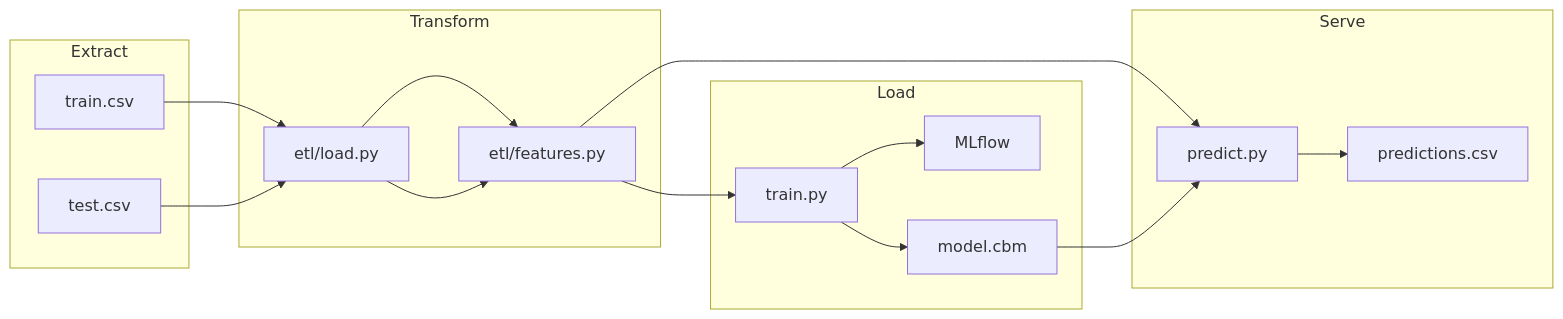
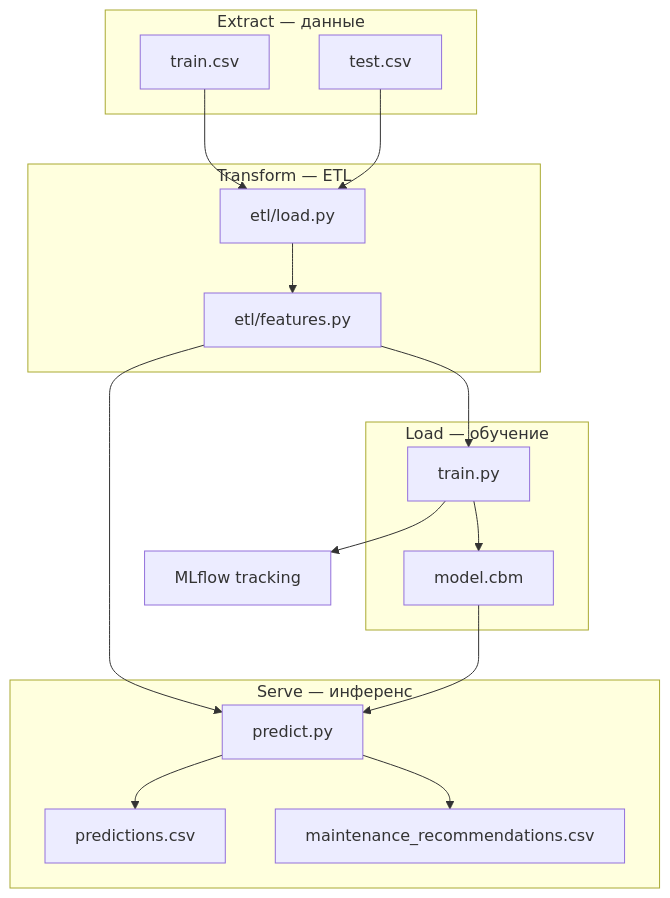
One commit to svscrip/auto_ML-prediction_machines_failures changed the diagram in README.md. Above: the diagram before and after it, drawn with Mermaid. The commit also changed other lines of this file and 1 other file, not shown here.

Commit message:
Redesign pipeline mermaid diagrams for clearer GitHub rendering.
Use top-down flow with separate train and inference branches.

````diff
--- a/README.md
+++ b/README.md
@@ -27,24 +27,36 @@
 ```mermaid
-flowchart LR
-  subgraph extract [Extract]
-    TRAIN[train.csv]
-    TEST[test.csv]
-  end
-  subgraph transform [Transform]
-    LOAD[etl/load.py]
-    FEAT[etl/features.py]
-  end
-  subgraph load [Load]
-    TRAIN_MOD[train.py]
-    MLF[MLflow]
-    CBM[model.cbm]
-  end
-  subgraph serve [Serve]
-    PRED[predict.py]
-    CSV_OUT[predictions.csv]
-  end
-  TRAIN --> LOAD --> FEAT --> TRAIN_MOD --> CBM
-  TEST --> LOAD --> FEAT --> PRED --> CSV_OUT
-  TRAIN_MOD --> MLF
-  CBM --> PRED
+flowchart TB
+    subgraph extract [Extract — данные]
+        TRAIN[train.csv]
+        TEST[test.csv]
+    end
+
+    subgraph transform [Transform — ETL]
+        LOAD[etl/load.py]
+        FEAT[etl/features.py]
+        LOAD --> FEAT
+    end
+
+    subgraph training [Load — обучение]
+        TRAIN_PY[train.py]
+        MODEL[model.cbm]
+        TRAIN_PY --> MODEL
+    end
+
+    MLFLOW[MLflow tracking]
+
+    subgraph inference [Serve — инференс]
+        PREDICT[predict.py]
+        PRED[predictions.csv]
+        REC[maintenance_recommendations.csv]
+        PREDICT --> PRED
+        PREDICT --> REC
+    end
+
+    TRAIN --> LOAD
+    TEST --> LOAD
+    FEAT --> TRAIN_PY
+    TRAIN_PY --> MLFLOW
+    FEAT --> PREDICT
+    MODEL --> PREDICT
 ```
````
